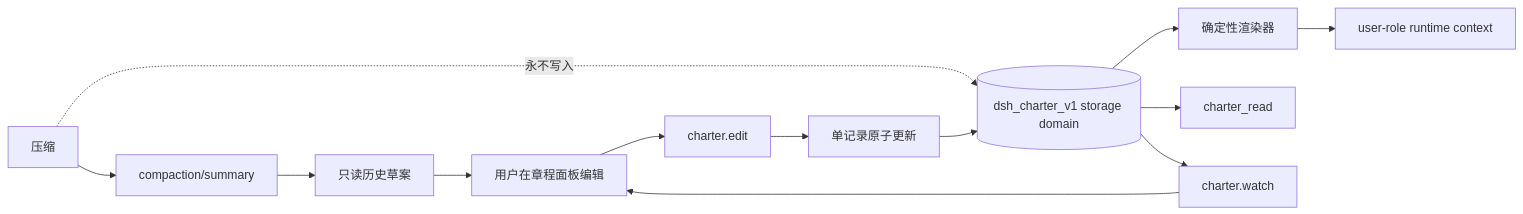
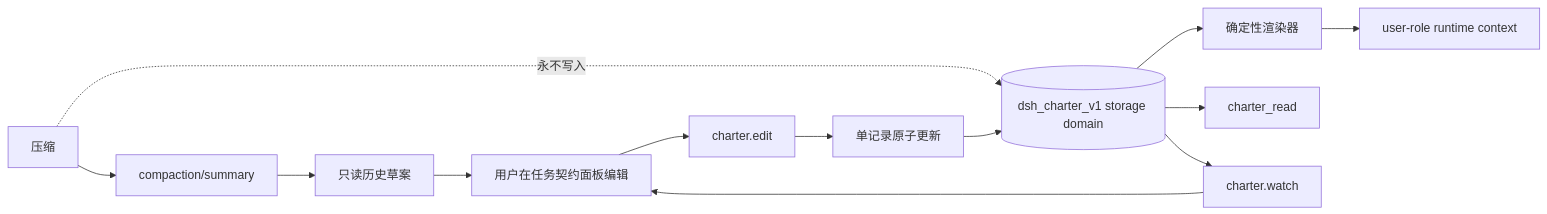
One commit to centella-cream/dsh-charter changed the diagram in README.zh.md. Above: the diagram before and after it, drawn with Mermaid. The commit also changed other lines of this file and 16 other files, not shown here.

````diff
--- a/README.zh.md
+++ b/README.zh.md
@@ -67,15 +70,15 @@
 ```mermaid
 flowchart LR
-  U[用户在章程面板编辑] --> A[charter.edit]
+  U[用户在任务契约面板编辑] --> A[charter.edit]
   A --> B[单记录原子更新]
   B --> D[(dsh_charter_v1 storage domain)]
   D --> R[确定性渲染器]
   R --> C[user-role runtime context]
   D --> T[charter_read]
   P[压缩] -. 永不写入 .-> D
   P --> S[compaction/summary]
   S --> H[只读历史草案]
   H --> U
   W[charter.watch] --> U
   D --> W
 ```
````
